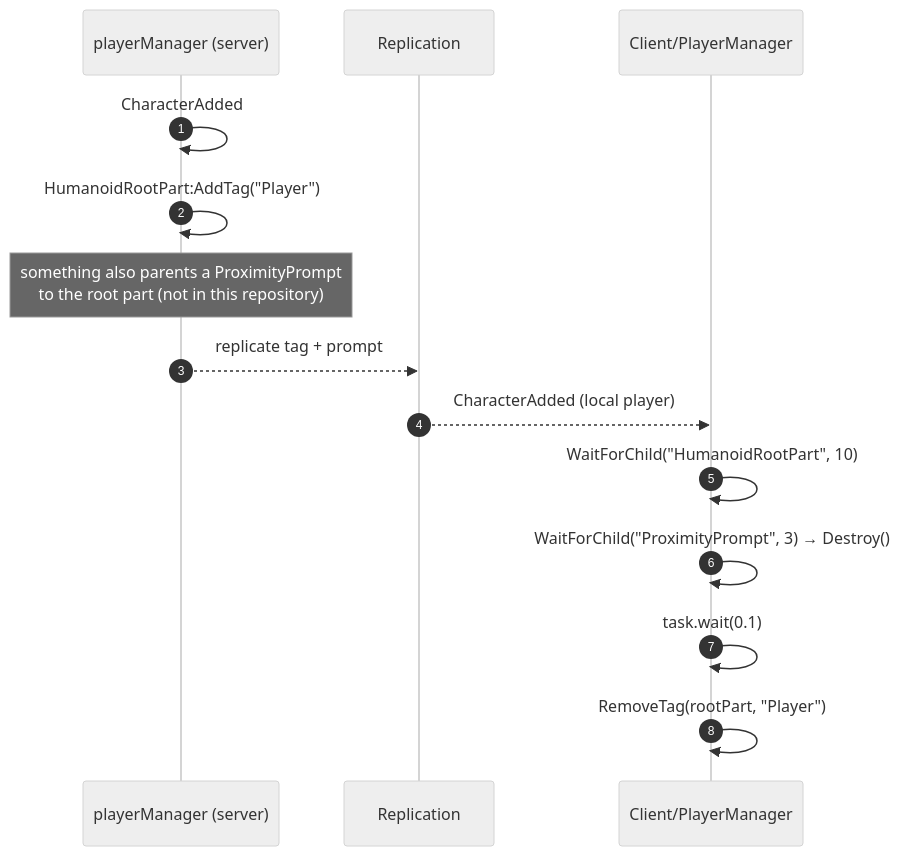
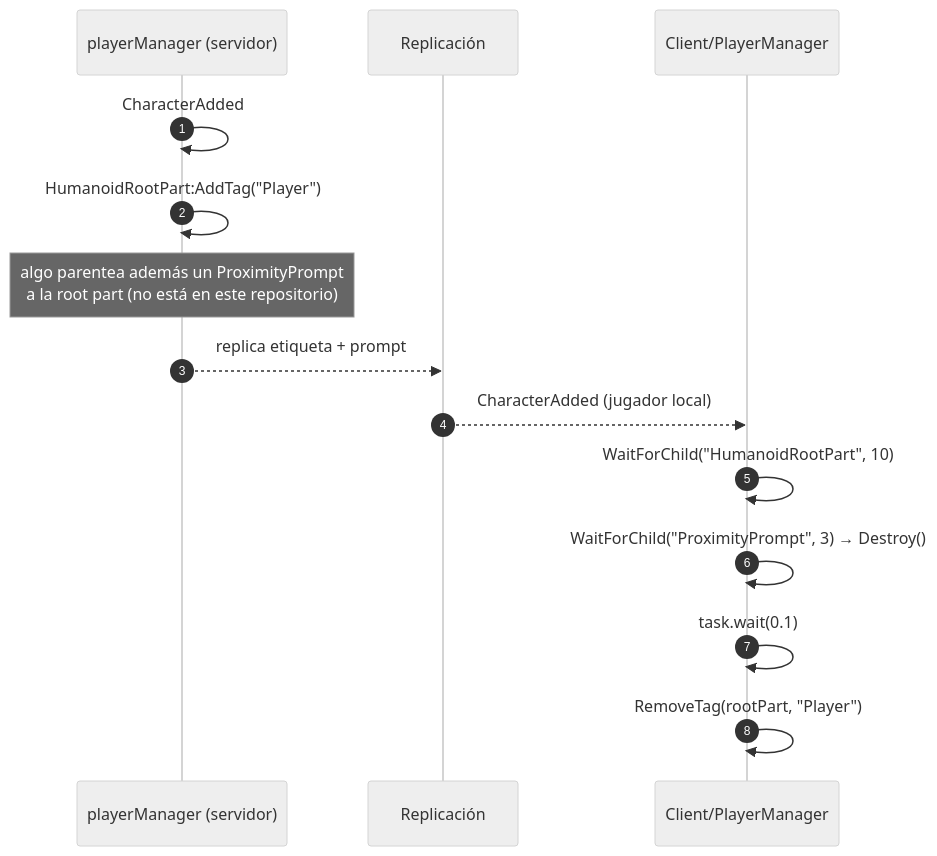
One commit to Arclyne/voz-hispana changed the second of 2 diagrams in docs/architecture/character-lifecycle.md. Above: the diagram before and after it, drawn with Mermaid (neutral theme). The commit also changed other lines of this file and 8 other files, not shown here.

````diff
--- a/docs/architecture/character-lifecycle.md
+++ b/docs/architecture/character-lifecycle.md
@@ -87,17 +89,17 @@
 ```mermaid
 sequenceDiagram
     autonumber
-    participant S as playerManager (server)
-    participant R as Replication
+    participant S as playerManager (servidor)
+    participant R as Replicación
     participant C as Client/PlayerManager
 
     S->>S: CharacterAdded
     S->>S: HumanoidRootPart:AddTag("Player")
-    Note over S: something also parents a ProximityPrompt<br/>to the root part (not in this repository)
-    S-->>R: replicate tag + prompt
-    R-->>C: CharacterAdded (local player)
+    Note over S: algo parentea además un ProximityPrompt<br/>a la root part (no está en este repositorio)
+    S-->>R: replica etiqueta + prompt
+    R-->>C: CharacterAdded (jugador local)
     C->>C: WaitForChild("HumanoidRootPart", 10)
     C->>C: WaitForChild("ProximityPrompt", 3) → Destroy()
     C->>C: task.wait(0.1)
     C->>C: RemoveTag(rootPart, "Player")
 ```
````
